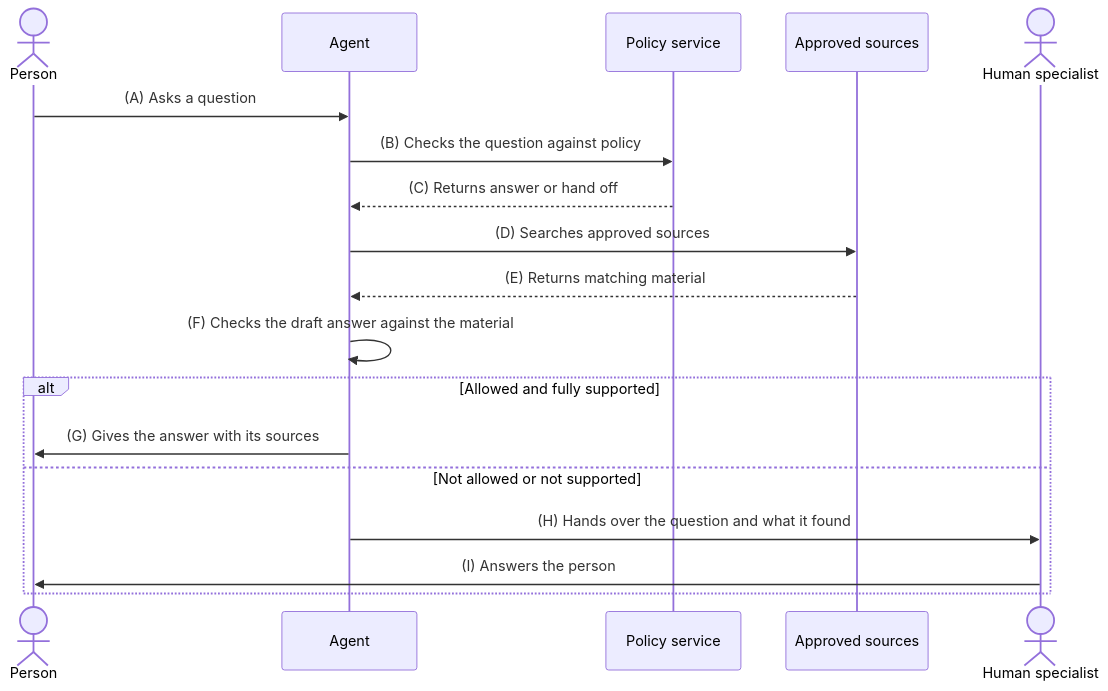
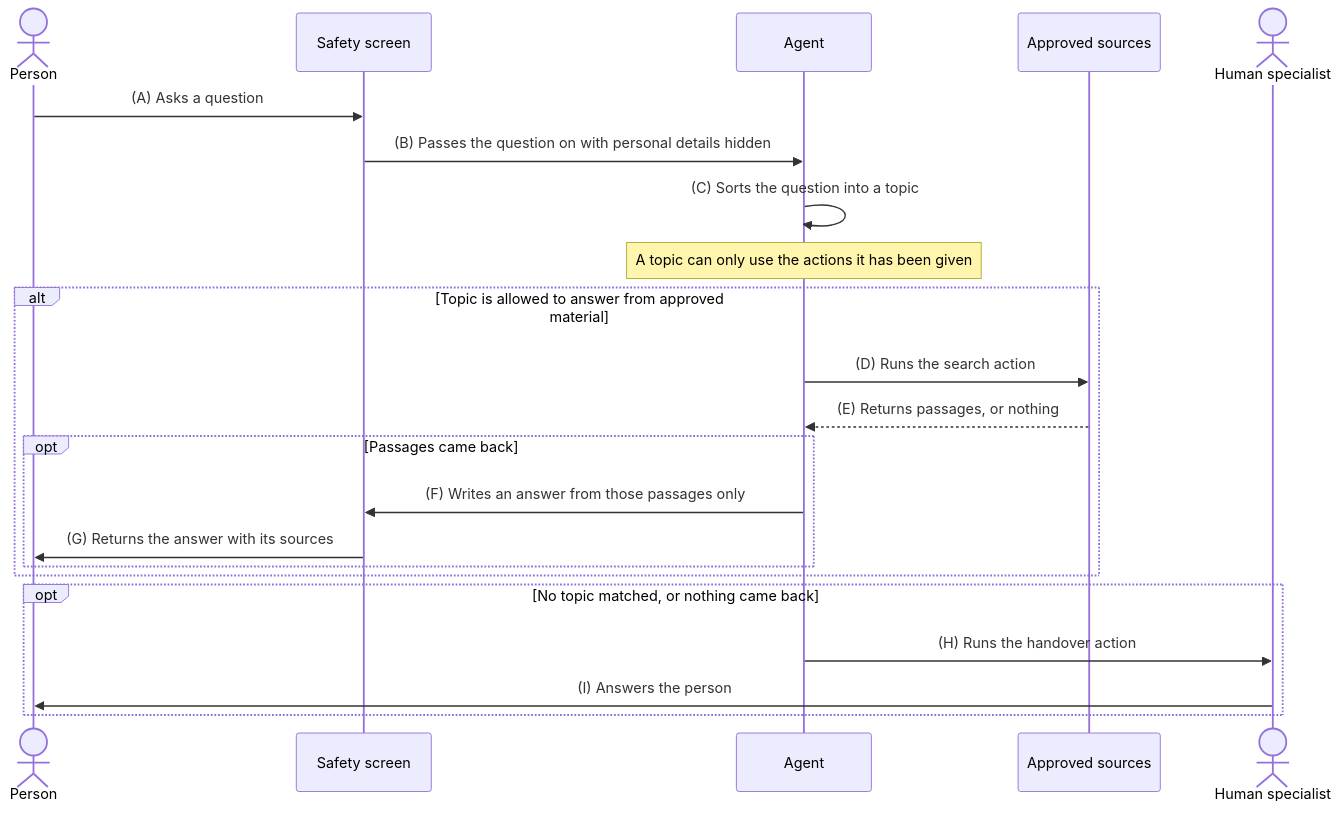
The diagram in README.md (mattcam/agent-question-handoff), drawn with Mermaid before and after one commit. The commit also changed other lines of this file, not shown here.

Commit message:
Rework the flow so policy is enforced by scope, actions and grounding

````diff
--- a/README.md
+++ b/README.md
@@ -9,22 +11,28 @@
 ```mermaid
 sequenceDiagram
     actor Person
+    participant Screen as Safety screen
     participant Agent
-    participant Policy as Policy service
     participant Sources as Approved sources
     actor Specialist as Human specialist
 
-    Person->>Agent: (A) Asks a question
-    Agent->>Policy: (B) Checks the question against policy
-    Policy-->>Agent: (C) Returns answer or hand off
-    Agent->>Sources: (D) Searches approved sources
-    Sources-->>Agent: (E) Returns matching material
-    Agent->>Agent: (F) Checks the draft answer against the material
+    Person->>Screen: (A) Asks a question
+    Screen->>Agent: (B) Passes the question on with personal details hidden
+    Agent->>Agent: (C) Sorts the question into a topic
 
-    alt Allowed and fully supported
-        Agent->>Person: (G) Gives the answer with its sources
-    else Not allowed or not supported
-        Agent->>Specialist: (H) Hands over the question and what it found
+    Note over Agent: A topic can only use the actions it has been given
+
+    alt Topic is allowed to answer from approved material
+        Agent->>Sources: (D) Runs the search action
+        Sources-->>Agent: (E) Returns passages, or nothing
+        opt Passages came back
+            Agent->>Screen: (F) Writes an answer from those passages only
+            Screen->>Person: (G) Returns the answer with its sources
+        end
+    end
+
+    opt No topic matched, or nothing came back
+        Agent->>Specialist: (H) Runs the handover action
         Specialist->>Person: (I) Answers the person
     end
 ```
````
